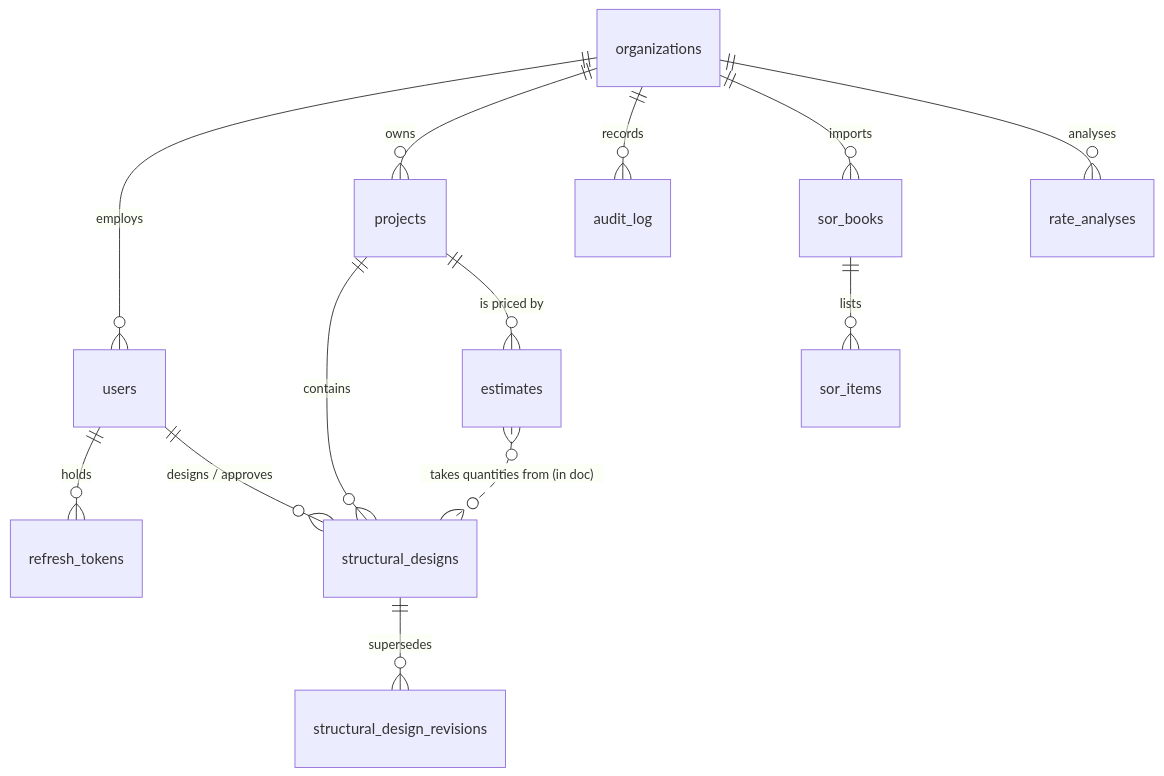
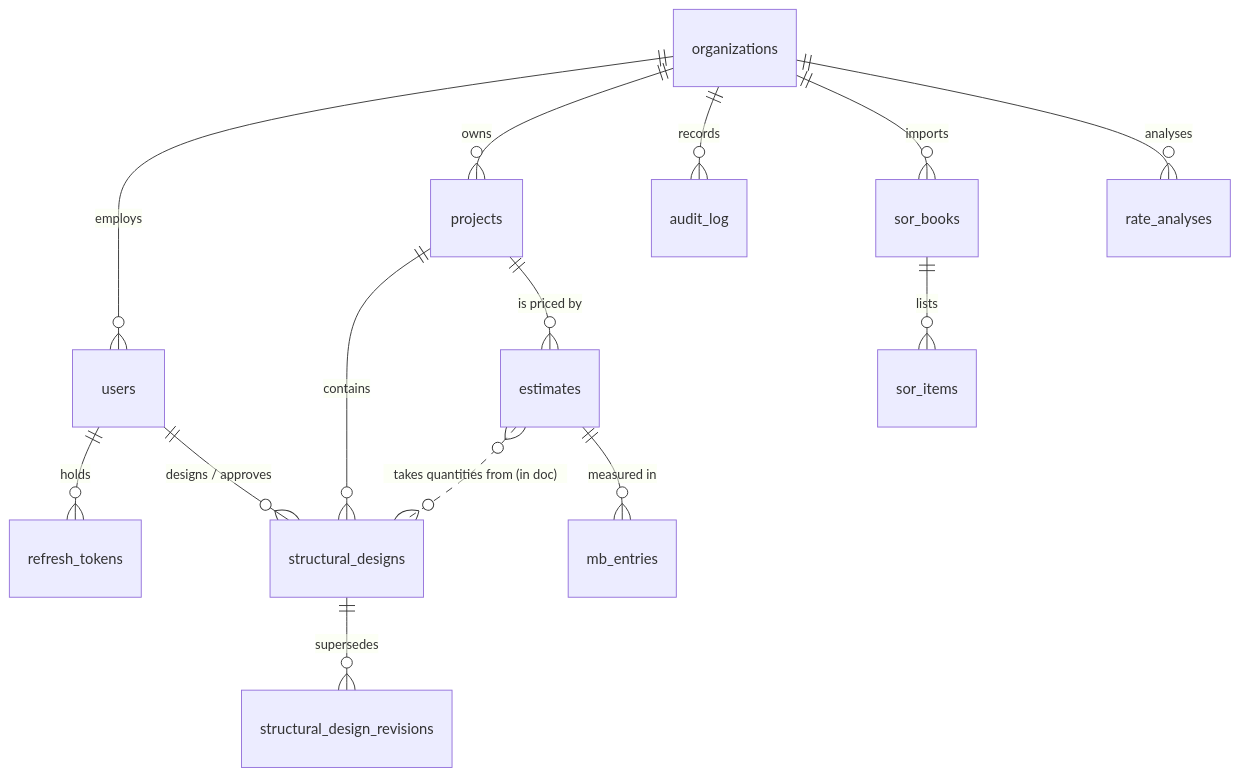
The diagram in civillabpro/docs/DATABASE_SCHEMA.md (penpaper0878/offline-toolkit), drawn with Mermaid before and after one commit. The commit also changed other lines of this file and 28 other files, not shown here.

````diff
--- a/civillabpro/docs/DATABASE_SCHEMA.md
+++ b/civillabpro/docs/DATABASE_SCHEMA.md
@@ -20,15 +20,16 @@
 ```mermaid
 erDiagram
     organizations ||--o{ users : employs
     organizations ||--o{ projects : owns
     organizations ||--o{ audit_log : records
     users ||--o{ refresh_tokens : holds
     projects ||--o{ structural_designs : contains
     structural_designs ||--o{ structural_design_revisions : supersedes
     users ||--o{ structural_designs : "designs / approves"
     organizations ||--o{ sor_books : imports
     sor_books ||--o{ sor_items : lists
     organizations ||--o{ rate_analyses : analyses
     projects ||--o{ estimates : "is priced by"
     estimates }o..o{ structural_designs : "takes quantities from (in doc)"
+    estimates ||--o{ mb_entries : "measured in"
 ```
````
